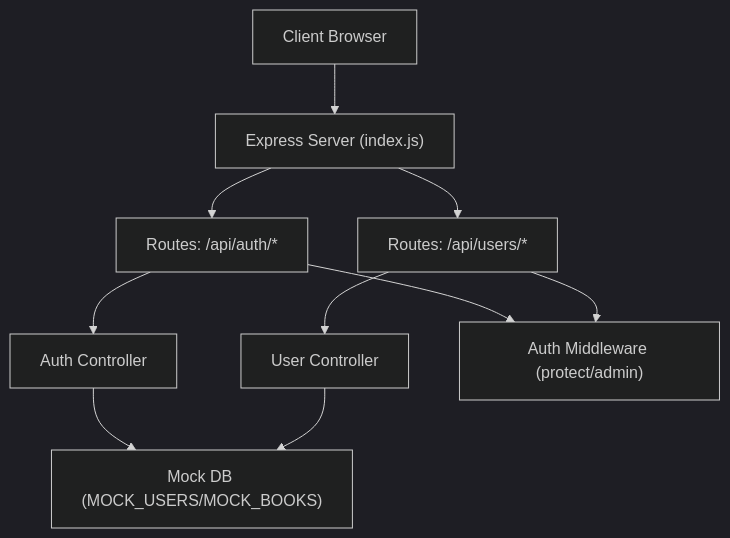
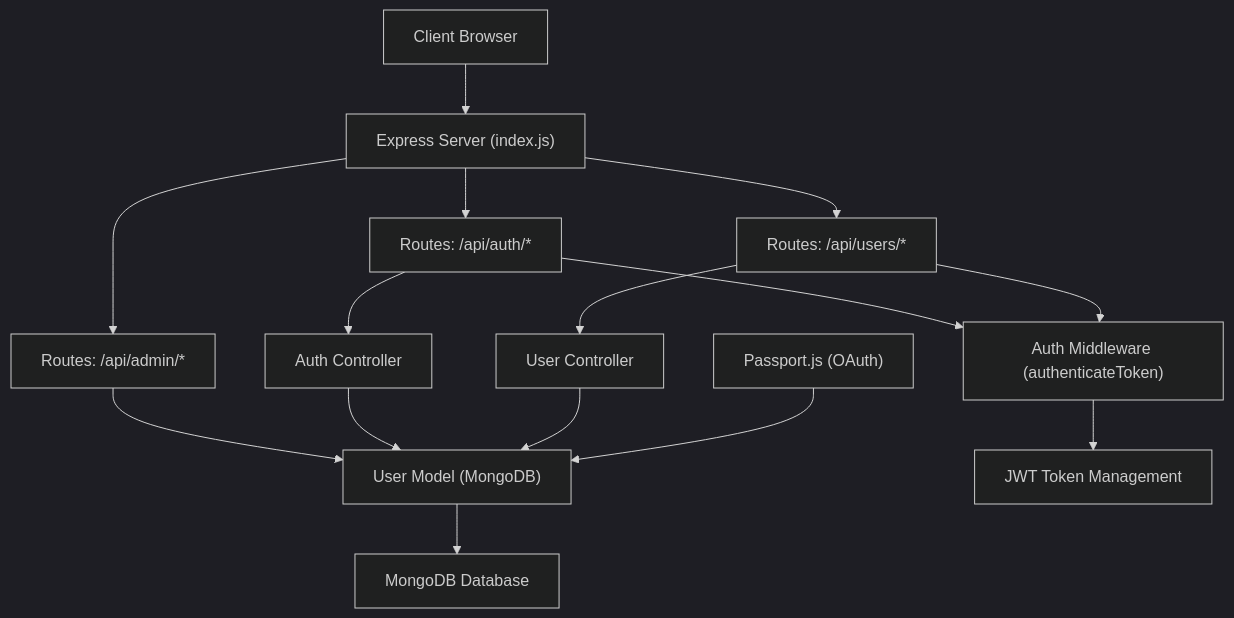
Before and after one commit to ganesh-NB/readsphere: the second of 8 diagrams in .qoder/repowiki/en/content/Authentication and Authorization/Authentication and Authorization.md, drawn with Mermaid (dark theme). The commit also changed other lines of this file and 46 other files, not shown here.

````diff
--- a/.qoder/repowiki/en/content/Authentication and Authorization/Authentication and Authorization.md
+++ b/.qoder/repowiki/en/content/Authentication and Authorization/Authentication and Authorization.md
@@ -114,20 +137,29 @@
 ```mermaid
 graph TB
 CLIENT["Client Browser"]
 SERVER["Express Server (index.js)"]
 AUTH_ROUTES["Routes: /api/auth/*"]
 USER_ROUTES["Routes: /api/users/*"]
+ADMIN_ROUTES["Routes: /api/admin/*"]
 AUTH_CTRL["Auth Controller"]
 USER_CTRL["User Controller"]
-AUTH_MW["Auth Middleware (protect/admin)"]
-MOCK_DB["Mock DB (MOCK_USERS/MOCK_BOOKS)"]
+AUTH_MW["Auth Middleware (authenticateToken)"]
+USER_MODEL["User Model (MongoDB)"]
+PASSPORT["Passport.js (OAuth)"]
+JWT["JWT Token Management"]
+MONGO["MongoDB Database"]
 CLIENT --> SERVER
 SERVER --> AUTH_ROUTES
 SERVER --> USER_ROUTES
+SERVER --> ADMIN_ROUTES
 AUTH_ROUTES --> AUTH_CTRL
 USER_ROUTES --> USER_CTRL
+ADMIN_ROUTES --> USER_MODEL
 AUTH_ROUTES --> AUTH_MW
 USER_ROUTES --> AUTH_MW
-AUTH_CTRL --> MOCK_DB
-USER_CTRL --> MOCK_DB
+AUTH_CTRL --> USER_MODEL
+USER_CTRL --> USER_MODEL
+AUTH_MW --> JWT
+PASSPORT --> USER_MODEL
+USER_MODEL --> MONGO
 ```
````
